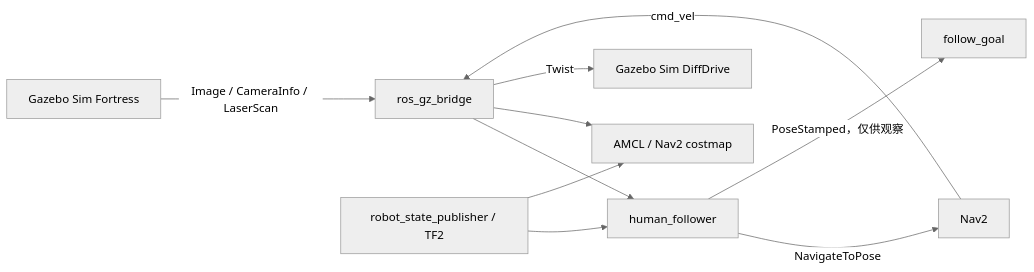
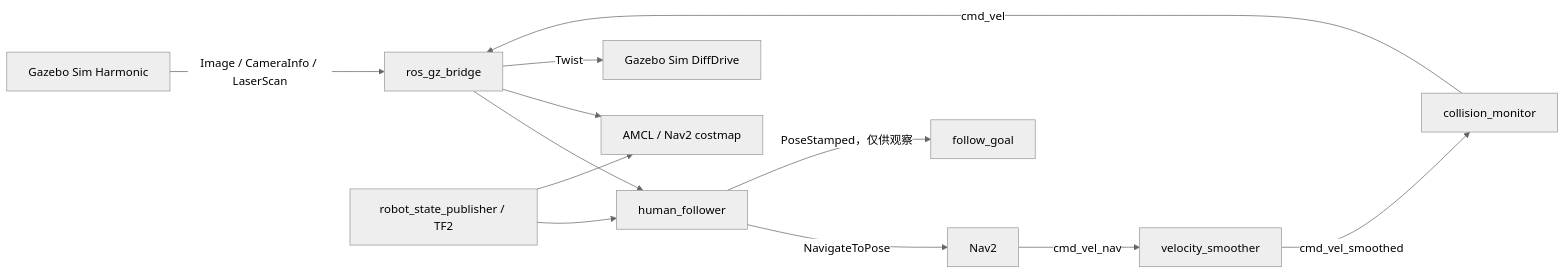
Before and after one commit to guilinmini/ros2-human-following-sim: the second of 3 diagrams in docs/architecture.md, drawn with Mermaid (neutral theme). The commit also changed other lines of this file and 21 other files, not shown here.

````diff
--- a/docs/architecture.md
+++ b/docs/architecture.md
@@ -22,12 +22,14 @@
 ```mermaid
 flowchart LR
-    GZ[Gazebo Sim Fortress] -->|Image / CameraInfo / LaserScan| BR[ros_gz_bridge]
+    GZ[Gazebo Sim Harmonic] -->|Image / CameraInfo / LaserScan| BR[ros_gz_bridge]
     BR --> F[human_follower]
     BR --> A[AMCL / Nav2 costmap]
     TF[robot_state_publisher / TF2] --> F
     TF --> A
     F -->|NavigateToPose| N[Nav2]
-    N -->|cmd_vel| BR
+    N -->|cmd_vel_nav| VS[velocity_smoother]
+    VS -->|cmd_vel_smoothed| CM[collision_monitor]
+    CM -->|cmd_vel| BR
     BR -->|Twist| DD[Gazebo Sim DiffDrive]
     F -->|PoseStamped，仅供观察| GP[follow_goal]
 ```
````
